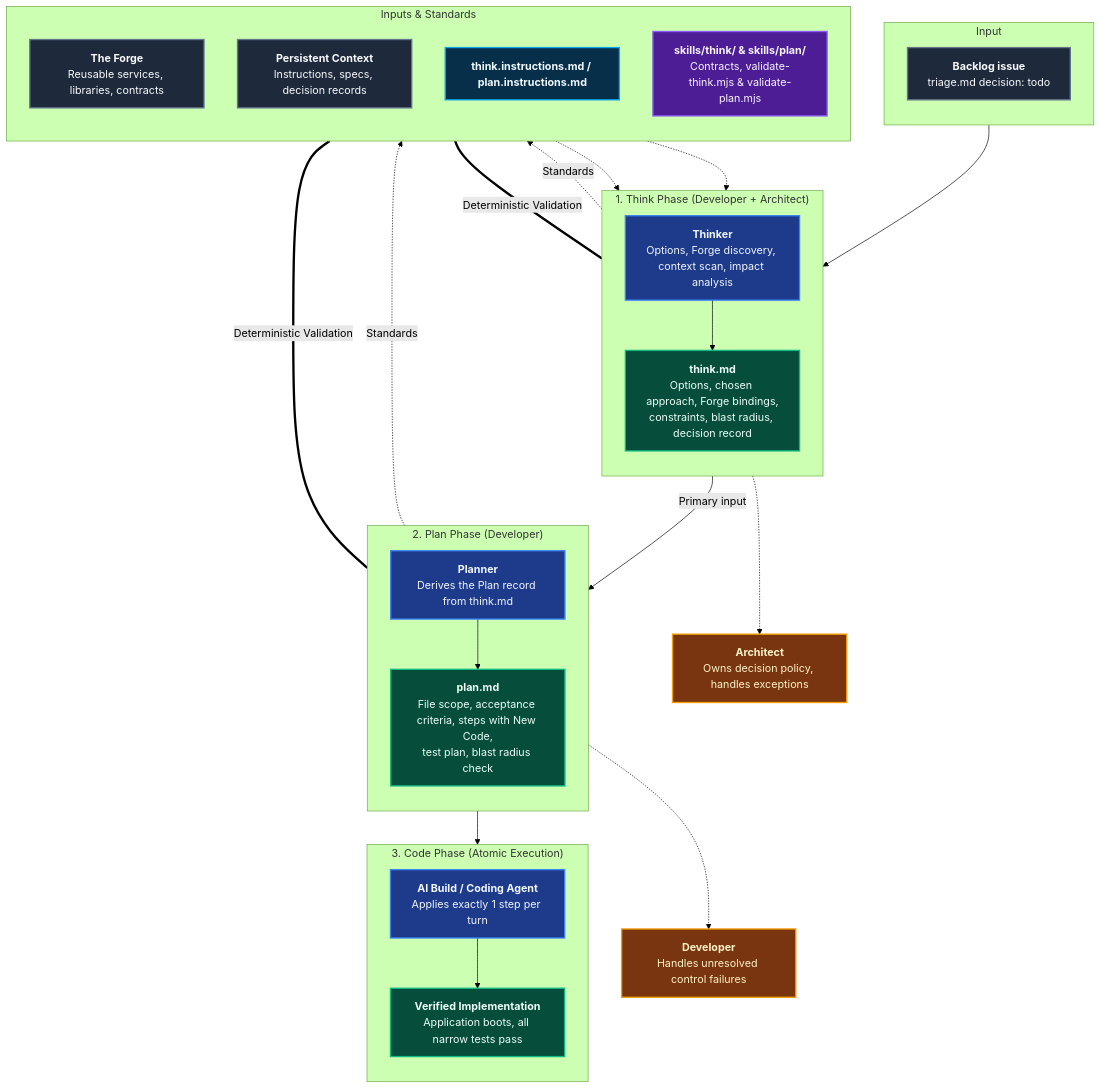
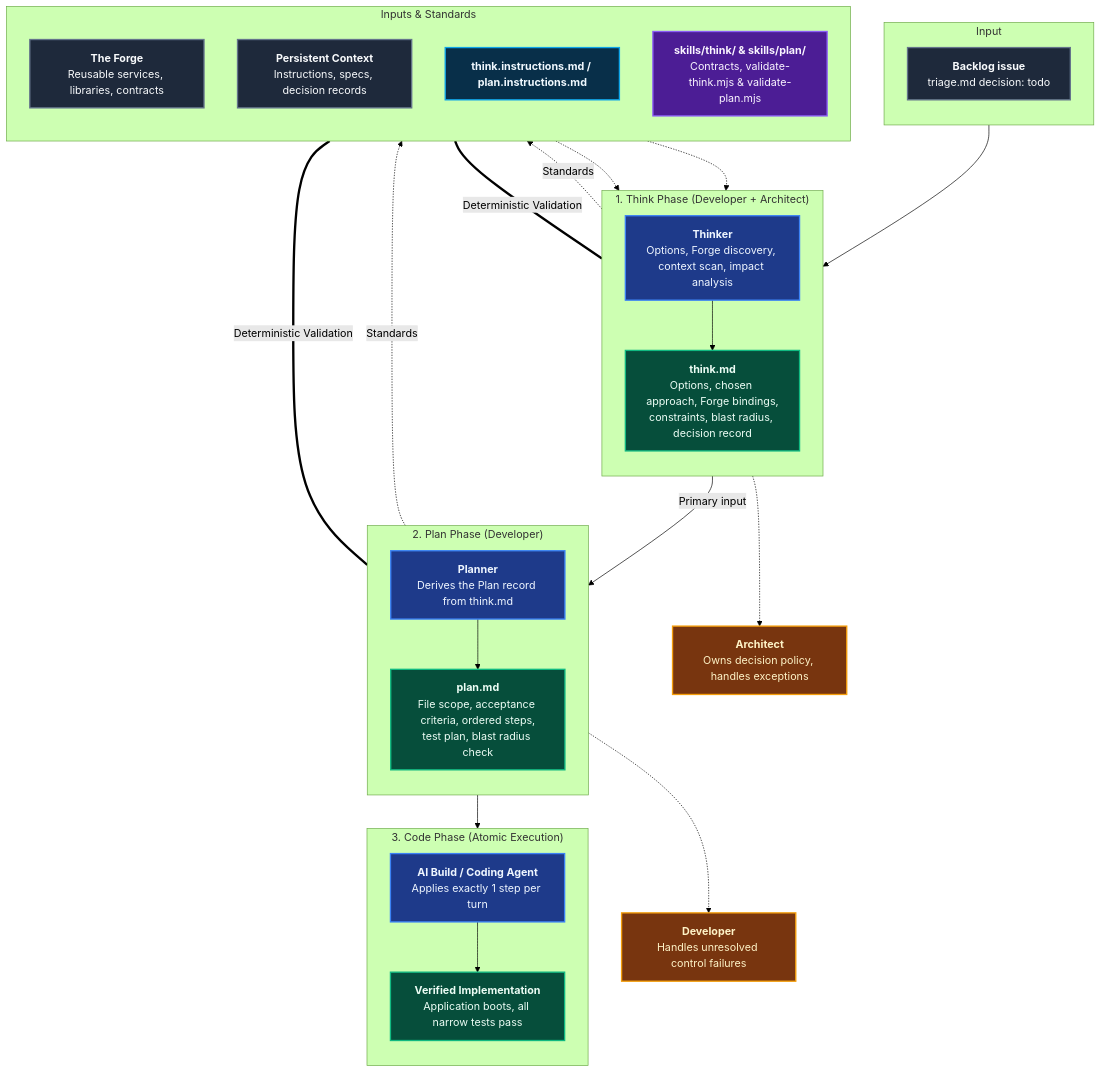
Before and after one commit to ALTEN-group/coding-pal: the first of 2 diagrams in website/docs/guide/domain-think-plan.md, drawn with Mermaid (forest theme). The commit also changed other lines of this file and 35 other files, not shown here.

First line of the commit message:
refactor(plan,code): drop New Code from plans and remove bug-rule control

````diff
--- a/website/docs/guide/domain-think-plan.md
+++ b/website/docs/guide/domain-think-plan.md
@@ -11,68 +11,68 @@
 ```mermaid
 ---
 caption: Backlog Issue to Specifications (Triage -> Think -> Plan -> Code)
 ---
 flowchart TD
     subgraph Phase0 ["Input"]
         direction TB
         TRI["<b>Backlog issue</b><br/>triage.md decision: todo"]
     end
 
     subgraph Phase1 ["1. Think Phase (Developer + Architect)"]
         direction TB
         AG_THINK["<b>Thinker</b><br/>Options, Forge discovery, context scan, impact analysis"]
         THINK_DOC["<b>think.md</b><br/>Options, chosen approach, Forge bindings,<br/>constraints, blast radius, decision record"]
         AG_THINK --> THINK_DOC
     end
 
     subgraph Phase2 ["2. Plan Phase (Developer)"]
         direction TB
         AG_PLAN["<b>Planner</b><br/>Derives the Plan record from think.md"]
-        PLAN_DOC["<b>plan.md</b><br/>File scope, acceptance criteria, steps with New Code,<br/>test plan, blast radius check"]
+        PLAN_DOC["<b>plan.md</b><br/>File scope, acceptance criteria, ordered steps,<br/>test plan, blast radius check"]
         AG_PLAN --> PLAN_DOC
     end
 
     subgraph Phase3 ["3. Code Phase (Atomic Execution)"]
         direction TB
         BUILD_AG["<b>AI Build / Coding Agent</b><br/>Applies exactly 1 step per turn"]
         DONE["<b>Verified Implementation</b><br/>Application boots, all narrow tests pass"]
         BUILD_AG --> DONE
     end
 
     subgraph Context ["Inputs & Standards"]
         direction TB
         FORGE["<b>The Forge</b><br/>Reusable services, libraries, contracts"]
         PC["<b>Persistent Context</b><br/>Instructions, specs, decision records"]
         INST_SPEC["<b>think.instructions.md / plan.instructions.md</b>"]
         SKILL_SPEC["<b>skills/think/ &amp; skills/plan/</b><br/>Contracts, validate-think.mjs &amp; validate-plan.mjs"]
     end
 
     ARCH["<b>Architect</b><br/>Owns decision policy, handles exceptions"]
     DEV["<b>Developer</b><br/>Handles unresolved control failures"]
 
     TRI --> AG_THINK
     THINK_DOC -->|"Primary input"| AG_PLAN
     PLAN_DOC --> BUILD_AG
     THINK_DOC -.-> ARCH
     PLAN_DOC -.-> DEV
     FORGE -.-> AG_THINK
     PC -.-> AG_THINK
     AG_THINK -.->|Standards| INST_SPEC
     AG_PLAN -.->|Standards| INST_SPEC
     THINK_DOC ===|Deterministic Validation| SKILL_SPEC
     PLAN_DOC ===|Deterministic Validation| SKILL_SPEC
 
     classDef stage fill:#1e3a8a,stroke:#3b82f6,stroke-width:2px,color:#eff6ff;
     classDef instruction fill:#082f49,stroke:#0ea5e9,stroke-width:2px,color:#f0f9ff;
     classDef skill fill:#4c1d95,stroke:#8b5cf6,stroke-width:2px,color:#faf5ff;
     classDef artifact fill:#064e3b,stroke:#10b981,stroke-width:2px,color:#ecfdf5;
     classDef input fill:#1e293b,stroke:#64748b,stroke-width:2px,color:#f8fafc;
     classDef human fill:#78350f,stroke:#f59e0b,stroke-width:2px,color:#fef3c7;
 
     class TRI,FORGE,PC input;
     class AG_THINK,AG_PLAN,BUILD_AG stage;
     class INST_SPEC instruction;
     class SKILL_SPEC skill;
     class THINK_DOC,PLAN_DOC,DONE artifact;
     class ARCH,DEV human;
 ```
````
